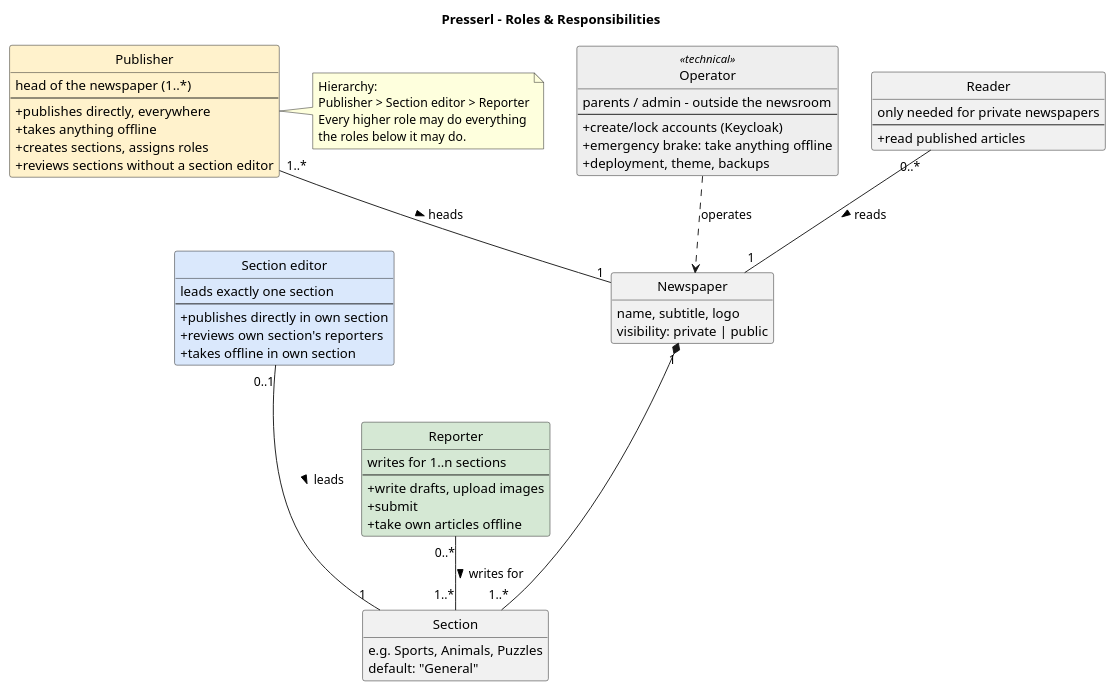
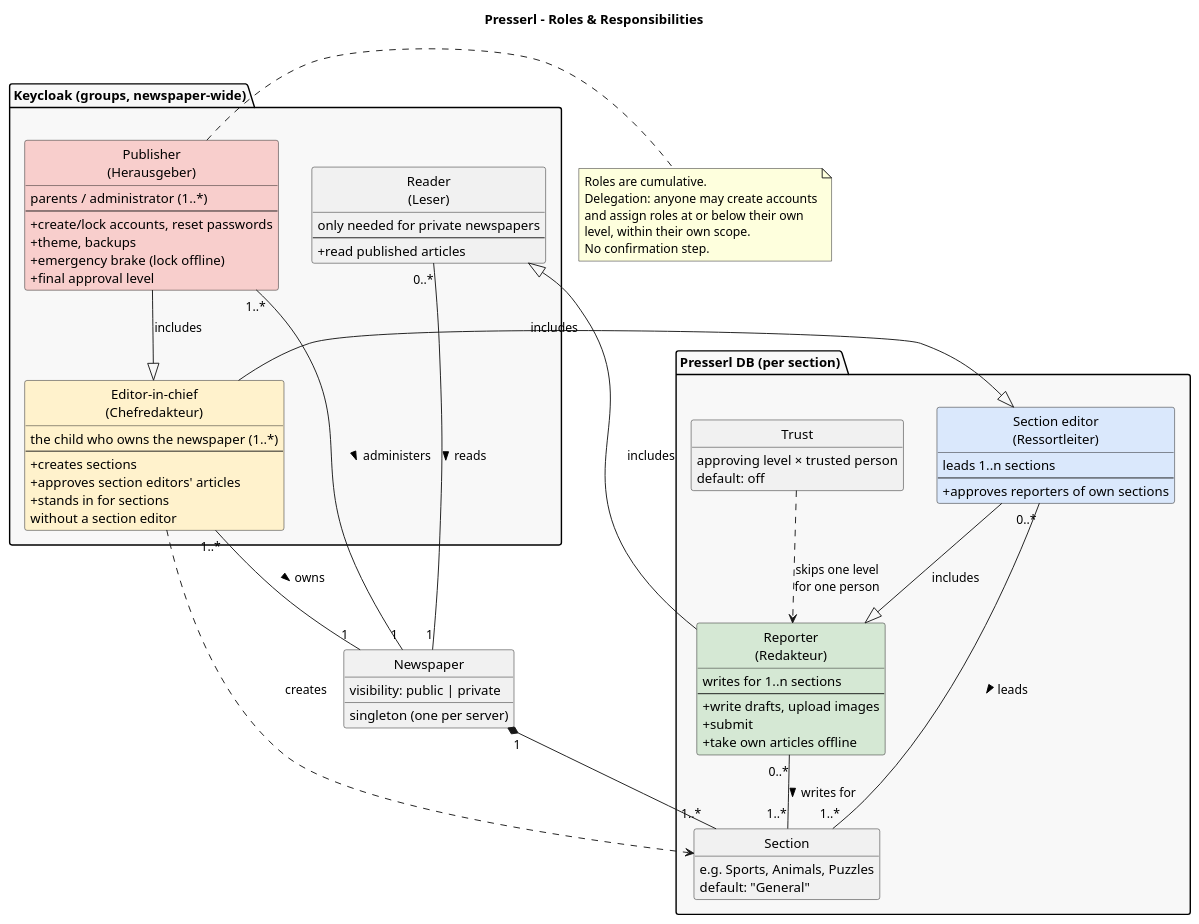
The diagram in docs/diagrams/roles.puml (UnterrainerInformatik/presserl), drawn with PlantUML before and after one commit. The commit also changed 28 other files, not shown here.

```diff
--- a/docs/diagrams/roles.puml
+++ b/docs/diagrams/roles.puml
@@ -1,74 +1,88 @@
 @startuml roles
 title Presserl – Roles & Responsibilities
 skinparam shadowing false
 skinparam defaultFontName Sans-Serif
 skinparam classAttributeIconSize 0
 hide empty members
 hide circle
 
-class "Operator" as Operator <<technical>> #EEEEEE {
-  parents / admin – outside the newsroom
-  --
-  + create/lock accounts (Keycloak)
-  + emergency brake: take anything offline
-  + deployment, theme, backups
+package "Keycloak (groups, newspaper-wide)" #F8F8F8 {
+  class "Publisher\n(Herausgeber)" as Publisher #F8CECC {
+    parents / administrator (1..*)
+    --
+    + create/lock accounts, reset passwords
+    + theme, backups
+    + emergency brake (lock offline)
+    + final approval level
+  }
+
+  class "Editor-in-chief\n(Chefredakteur)" as Chief #FFF2CC {
+    the child who owns the newspaper (1..*)
+    --
+    + creates sections
+    + approves section editors' articles
+    + stands in for sections
+      without a section editor
+  }
+
+  class "Reader\n(Leser)" as Reader {
+    only needed for private newspapers
+    --
+    + read published articles
+  }
+}
+
+package "Presserl DB (per section)" #F8F8F8 {
+  class "Section editor\n(Ressortleiter)" as SectionEditor #DAE8FC {
+    leads 1..n sections
+    --
+    + approves reporters of own sections
+  }
+
+  class "Reporter\n(Redakteur)" as Reporter #D5E8D4 {
+    writes for 1..n sections
+    --
+    + write drafts, upload images
+    + submit
+    + take own articles offline
+  }
+
+  class "Section" as Section {
+    e.g. Sports, Animals, Puzzles
+    default: "General"
+  }
+
+  class "Trust" as Trust {
+    approving level × trusted person
+    default: off
+  }
 }
 
 class "Newspaper" as Newspaper {
-  name, subtitle, logo
-  visibility: private | public
+  singleton (one per server)
+  visibility: public | private
 }
 
-class "Section" as Section {
-  e.g. Sports, Animals, Puzzles
-  default: "General"
-}
+Publisher "1..*" -- "1" Newspaper : administers >
+Chief "1..*" -- "1" Newspaper : owns >
+Reader "0..*" -- "1" Newspaper : reads >
+Newspaper "1" *-- "1..*" Section
+SectionEditor "0..*" -- "1..*" Section : leads >
+Reporter "0..*" -- "1..*" Section : writes for >
+Chief ..> Section : creates
 
-class "Publisher" as Publisher #FFF2CC {
-  head of the newspaper (1..*)
-  --
-  + publishes directly, everywhere
-  + takes anything offline
-  + creates sections, assigns roles
-  + reviews sections without a section editor
-}
+Publisher -down-|> Chief : includes
+Chief -down-|> SectionEditor : includes
+SectionEditor -down-|> Reporter : includes
+Reporter -down-|> Reader : includes
 
-class "Section editor" as Chief #DAE8FC {
-  leads exactly one section
-  --
-  + publishes directly in own section
-  + reviews own section's reporters
-  + takes offline in own section
-}
-
-class "Reporter" as Reporter #D5E8D4 {
-  writes for 1..n sections
-  --
-  + write drafts, upload images
-  + submit
-  + take own articles offline
-}
-
-class "Reader" as Reader {
-  only needed for private newspapers
-  --
-  + read published articles
-}
-
-Operator ..> Newspaper : operates
-Publisher "1..*" -- "1" Newspaper : heads >
-Newspaper "1" *-- "1..*" Section
-Chief "0..1" -- "1" Section : leads >
-Reporter "0..*" -- "1..*" Section : writes for >
-Reader "0..*" -- "1" Newspaper : reads >
-
-Publisher -[hidden]down- Chief
-Chief -[hidden]down- Reporter
+Trust ..> Reporter : skips one level\nfor one person
 
 note right of Publisher
-  Hierarchy:
-  Publisher > Section editor > Reporter
-  Every higher role may do everything
-  the roles below it may do.
+  Roles are cumulative.
+  Delegation: anyone may create accounts
+  and assign roles at or below their own
+  level, within their own scope.
+  No confirmation step.
 end note
 @enduml
```
